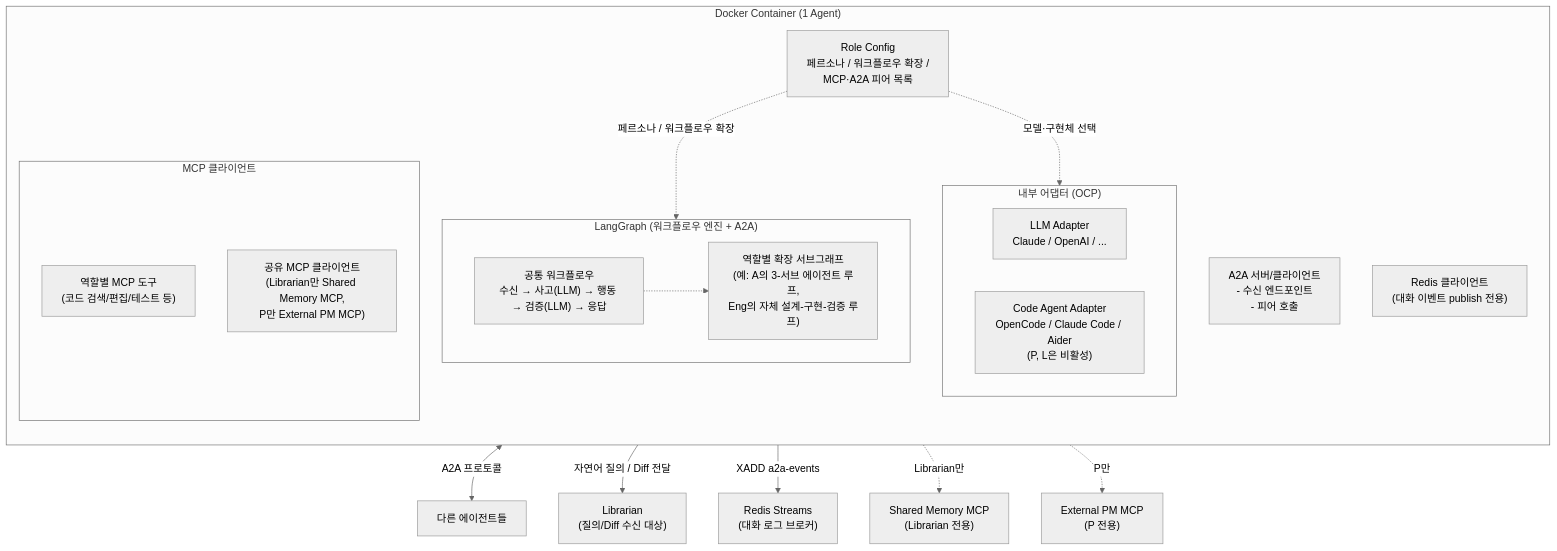
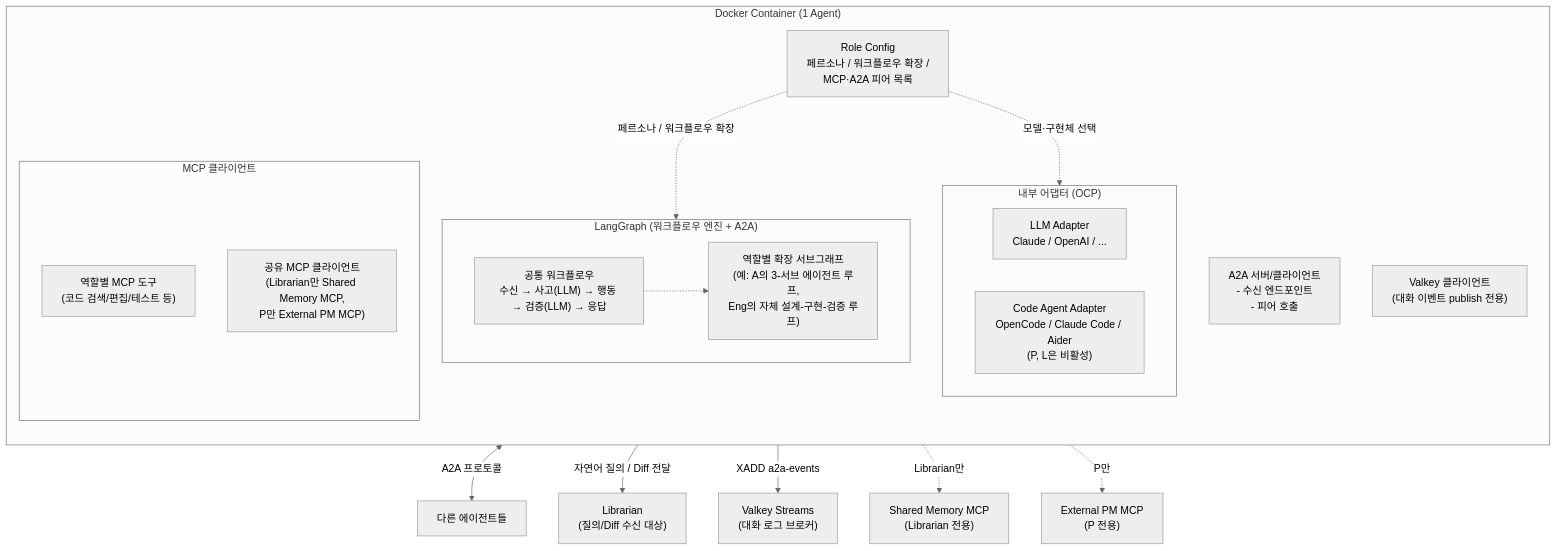
One commit to vonkernel/dev-team changed the second of 13 diagrams in docs/proposal.md. Above: the diagram before and after it, drawn with Mermaid (neutral theme). The commit also changed other lines of this file and 2 other files, not shown here.

First line of the commit message:
chore: migrate Redis to Valkey 9 (#12)

````diff
--- a/docs/proposal.md
+++ b/docs/proposal.md
@@ -164,43 +164,43 @@
 ```mermaid
 graph TD
     subgraph Container["Docker Container (1 Agent)"]
         direction TB
         RoleConfig["Role Config<br/>페르소나 / 워크플로우 확장 /<br/>MCP·A2A 피어 목록"]
 
         subgraph LG["LangGraph (워크플로우 엔진 + A2A)"]
             Base["공통 워크플로우<br/>수신 → 사고(LLM) → 행동 → 검증(LLM) → 응답"]
             Ext["역할별 확장 서브그래프<br/>(예: A의 3-서브 에이전트 루프,<br/>Eng의 자체 설계-구현-검증 루프)"]
             Base -.-> Ext
         end
 
         subgraph Adapters["내부 어댑터 (OCP)"]
             LLMAdapter["LLM Adapter<br/>Claude / OpenAI / ..."]
             CodeAdapter["Code Agent Adapter<br/>OpenCode / Claude Code / Aider<br/>(P, L은 비활성)"]
         end
 
         subgraph LocalMCP["MCP 클라이언트"]
             RoleMCP["역할별 MCP 도구<br/>(코드 검색/편집/테스트 등)"]
             SharedMcpClient["공유 MCP 클라이언트<br/>(Librarian만 Shared Memory MCP,<br/>P만 External PM MCP)"]
         end
 
         A2A["A2A 서버/클라이언트<br/>- 수신 엔드포인트<br/>- 피어 호출"]
-        BrokerClient["Redis 클라이언트<br/>(대화 이벤트 publish 전용)"]
+        BrokerClient["Valkey 클라이언트<br/>(대화 이벤트 publish 전용)"]
     end
 
     Peers["다른 에이전트들"]
     Librarian["Librarian<br/>(질의/Diff 수신 대상)"]
-    Broker["Redis Streams<br/>(대화 로그 브로커)"]
+    Broker["Valkey Streams<br/>(대화 로그 브로커)"]
     SharedMemMCP["Shared Memory MCP<br/>(Librarian 전용)"]
     ExtPmMCP["External PM MCP<br/>(P 전용)"]
 
     RoleConfig -.페르소나 / 워크플로우 확장.-> LG
     RoleConfig -.모델·구현체 선택.-> Adapters
     %% LocalMCP, A2A는 RoleConfig의 목록을 읽어 초기화 (자명하므로 엣지 생략)
-    %% BrokerClient는 RoleConfig와 무관 — 환경변수로 Redis 설정 주입
+    %% BrokerClient는 RoleConfig와 무관 — 환경변수로 Valkey 설정 주입
 
     A2A <-->|A2A 프로토콜| Peers
     A2A -->|자연어 질의 / Diff 전달| Librarian
     BrokerClient -->|XADD a2a-events| Broker
     SharedMcpClient -.Librarian만.-> SharedMemMCP
     SharedMcpClient -.P만.-> ExtPmMCP
 ```
````
